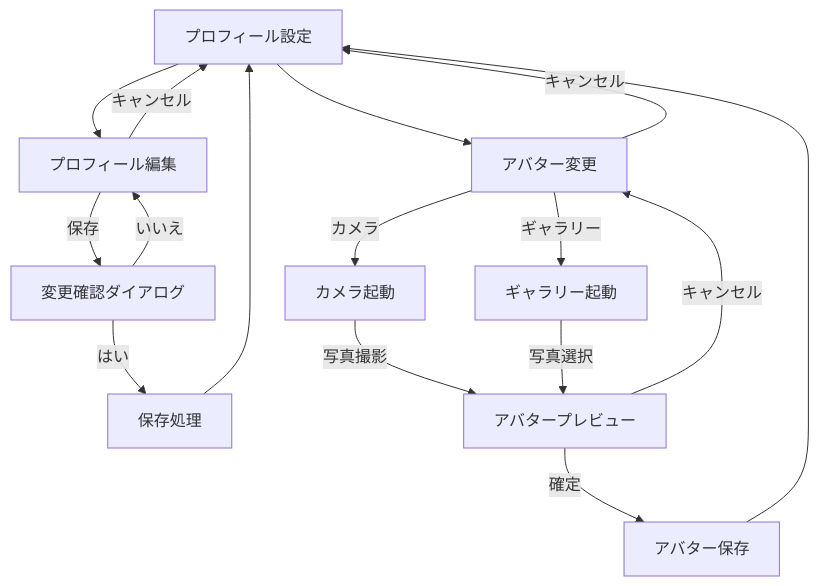
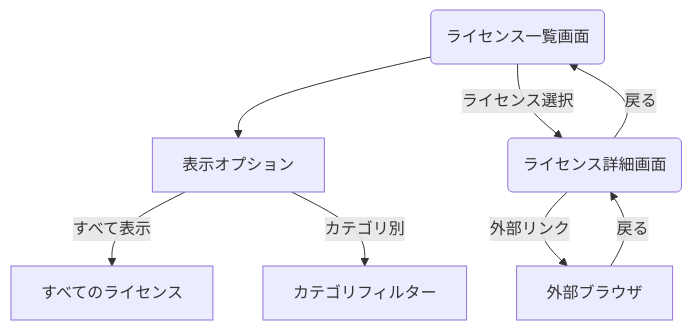
The second of 3 diagrams in docs/template/screen_flow/settings.md (yumemi-inc/flutter-mobile-project-docs-template), drawn with Mermaid before and after one commit. The commit also changed other lines of this file and 4 other files, not shown here.

````diff
--- a/docs/template/screen_flow/settings.md
+++ b/docs/template/screen_flow/settings.md
@@ -50,21 +40,11 @@
 ```mermaid
-flowchart TD
-    Profile[プロフィール設定] --> EditProfile[プロフィール編集]
-    Profile --> ChangeAvatar[アバター変更]
+graph TD
+    SC007(ライセンス一覧画面) --> FilterOptions[表示オプション]
+    FilterOptions -- "すべて表示" --> ShowAll[すべてのライセンス]
+    FilterOptions -- "カテゴリ別" --> CategoryFilter[カテゴリフィルター]
     
-    EditProfile -- "保存" --> SaveConfirm[変更確認ダイアログ]
-    SaveConfirm -- "はい" --> SaveProcess[保存処理]
-    SaveProcess --> Profile
-    SaveConfirm -- "いいえ" --> EditProfile
-    EditProfile -- "キャンセル" --> Profile
-    
-    ChangeAvatar -- "カメラ" --> Camera[カメラ起動]
-    ChangeAvatar -- "ギャラリー" --> Gallery[ギャラリー起動]
-    ChangeAvatar -- "キャンセル" --> Profile
-    
-    Camera -- "写真撮影" --> AvatarPreview[アバタープレビュー]
-    Gallery -- "写真選択" --> AvatarPreview
-    AvatarPreview -- "確定" --> SaveAvatar[アバター保存]
-    SaveAvatar --> Profile
-    AvatarPreview -- "キャンセル" --> ChangeAvatar
+    SC007 -- "ライセンス選択" --> SC008(ライセンス詳細画面)
+    SC008 -- "外部リンク" --> ExternalBrowser[外部ブラウザ]
+    ExternalBrowser -- "戻る" --> SC008
+    SC008 -- "戻る" --> SC007
 ```
````
